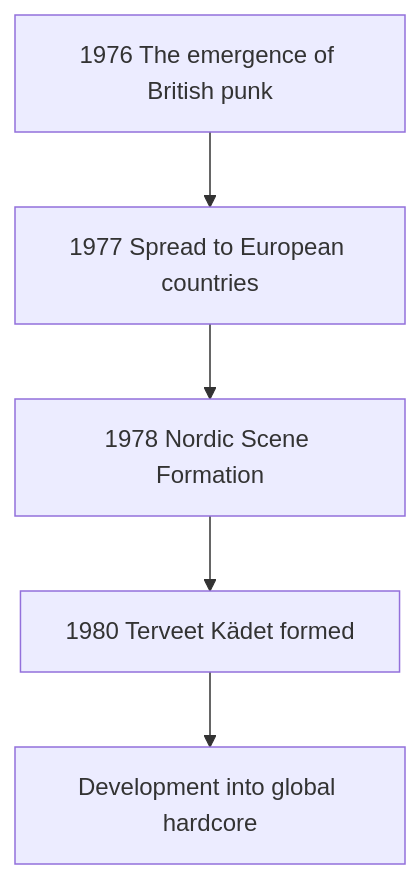
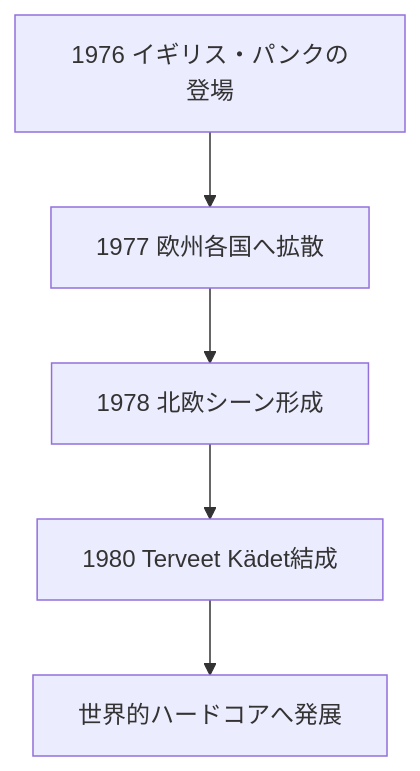
The first of 13 diagrams in en/_posts/2026-07-13-column-terveet-kadet.md (monumental-movement/monumental-movement.github.io), drawn with Mermaid before and after one commit. The commit also changed other lines of this file and 2196 other files, not shown here.

```diff
--- a/en/_posts/2026-07-13-column-terveet-kadet.md
+++ b/en/_posts/2026-07-13-column-terveet-kadet.md
@@ -57,14 +56,14 @@
 <div class="mermaid">
 graph TD
-A["1976 The emergence of British punk"]
-B["1977 Spread to European countries"]
-C["1978 Nordic Scene Formation"]
-D["1980 Terveet Kädet formed"]
-E["Development into global hardcore"]
+A["1976 イギリス・パンクの登場"]
+B["1977 欧州各国へ拡散"]
+C["1978 北欧シーン形成"]
+D["1980 Terveet Kädet結成"]
+E["世界的ハードコアへ発展"]
 
 A --> B
 B --> C
 C --> D
 D --> E
 
 </div>
```
